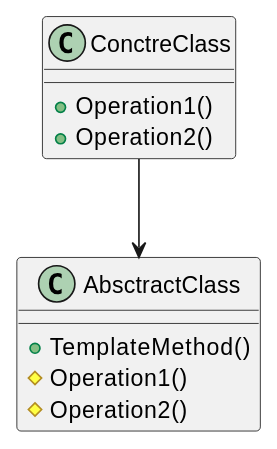
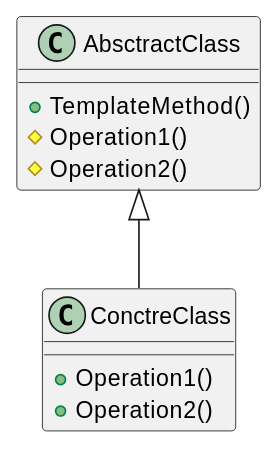
One commit to graycoral/graycoral.github.io changed the first of 4 diagrams in _posts/C++DesignPattern(2019.03)/2020-02-12-c++-design2.md. Above: the diagram before and after it, drawn with PlantUML. The commit also changed other lines of this file and 8 other files, not shown here.

````diff
--- a/_posts/C++DesignPattern(2019.03)/2020-02-12-c++-design2.md
+++ b/_posts/C++DesignPattern(2019.03)/2020-02-12-c++-design2.md
@@ -191,15 +191,15 @@
     ```plantuml
     @startuml
     class AbsctractClass {
         +TemplateMethod()
         #Operation1()
         #Operation2()
     }
 
     class ConctreClass{
         +Operation1()
         +Operation2()
     }
-    AbsctractClass <-up- ConctreClass
+    AbsctractClass <|-down- ConctreClass
     @enduml
     ```
````
